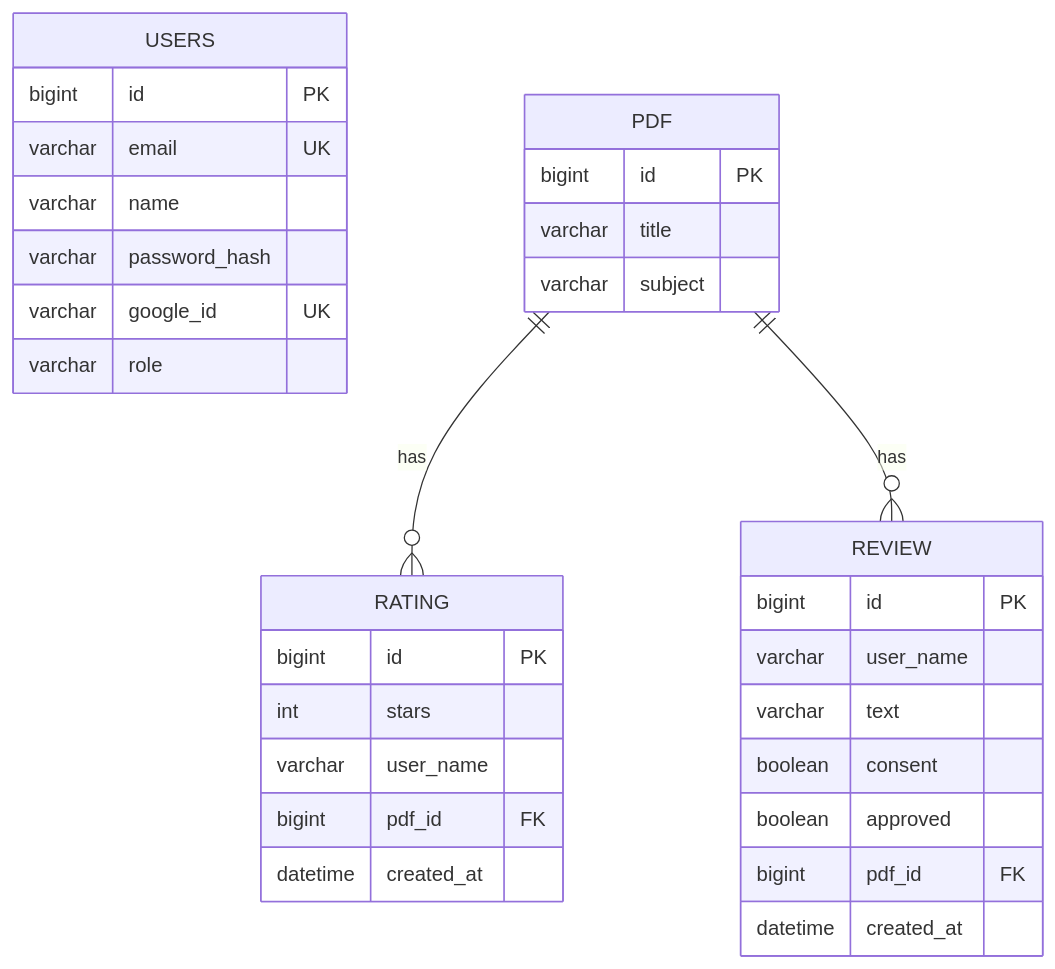
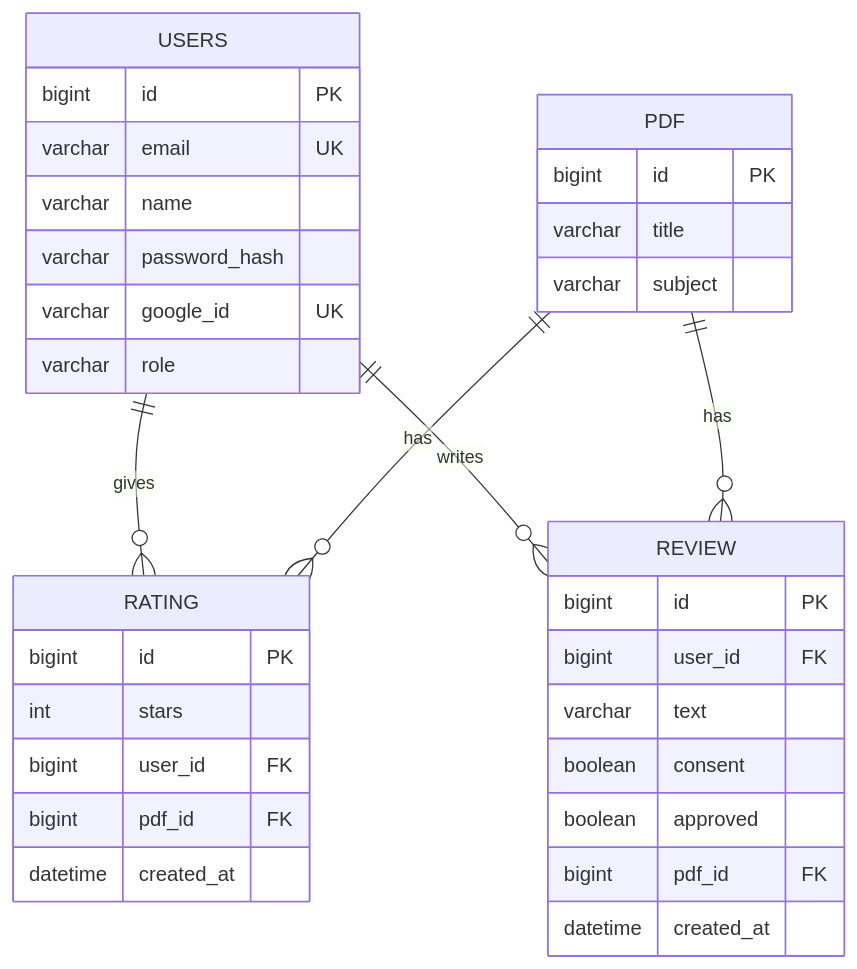
The diagram in README.md (Niteeshkumarraju/crispprep-reviews-api), drawn with Mermaid before and after one commit. The commit also changed other lines of this file and 10 other files, not shown here.

First line of the commit message:
Ratings and reviews belong to the logged-in user (from the JWT), one review per user per PDF, admin list of pending reviews, myRating in summary

````diff
--- a/README.md
+++ b/README.md
@@ -32,26 +33,28 @@
 ```mermaid
 erDiagram
     USERS { bigint id PK
             varchar email UK
             varchar name
             varchar password_hash
             varchar google_id UK
             varchar role }
+    USERS ||--o{ RATING : gives
+    USERS ||--o{ REVIEW : writes
     PDF ||--o{ RATING : has
     PDF ||--o{ REVIEW : has
     PDF { bigint id PK
           varchar title
           varchar subject }
     RATING { bigint id PK
              int stars
-             varchar user_name
+             bigint user_id FK
              bigint pdf_id FK
              datetime created_at }
     REVIEW { bigint id PK
-             varchar user_name
+             bigint user_id FK
              varchar text
              boolean consent
              boolean approved
              bigint pdf_id FK
              datetime created_at }
 ```
````
